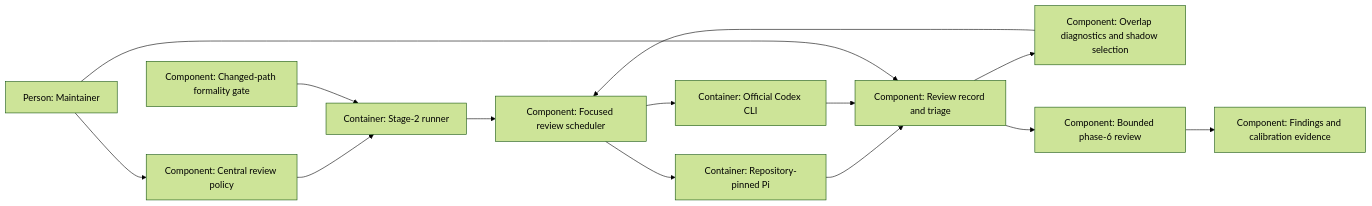
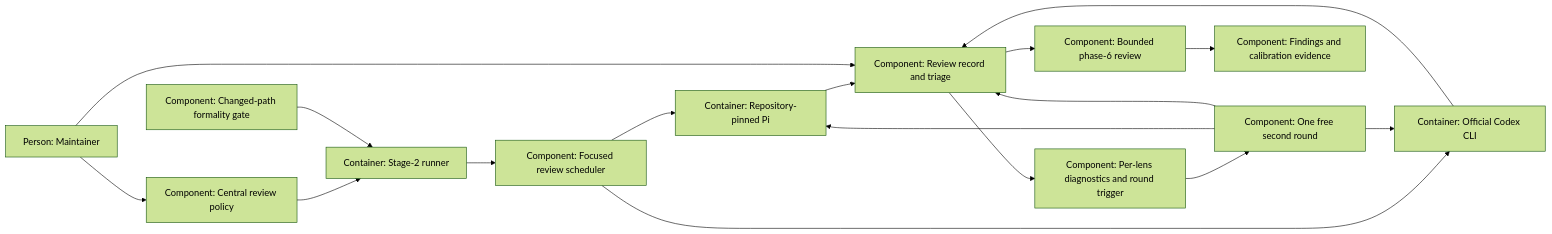
Before and after one commit to bicycle-brakes/monotrope: the diagram in plans/changes/review-fewer-rounds/design.md, drawn with Mermaid (forest theme). The commit also changed other lines of this file and 4 other files, not shown here.

````diff
--- a/plans/changes/review-fewer-rounds/design.md
+++ b/plans/changes/review-fewer-rounds/design.md
@@ -148,16 +187,19 @@
 ```mermaid
 flowchart LR
     maintainer["Person: Maintainer"] --> policy["Component: Central review policy"]
     policy --> runner["Container: Stage-2 runner"]
     checks["Component: Changed-path formality gate"] --> runner
     runner --> lenses["Component: Focused review scheduler"]
     lenses --> pi["Container: Repository-pinned Pi"]
     lenses --> codex["Container: Official Codex CLI"]
     pi --> triage["Component: Review record and triage"]
     codex --> triage
     maintainer --> triage
-    triage --> overlap["Component: Overlap diagnostics and shadow selection"]
-    overlap --> lenses
+    triage --> overlap["Component: Per-lens diagnostics and round trigger"]
+    overlap --> free["Component: One free second round"]
+    free --> pi
+    free --> codex
+    free --> triage
     triage --> final["Component: Bounded phase-6 review"]
     final --> evidence["Component: Findings and calibration evidence"]
 ```
````
